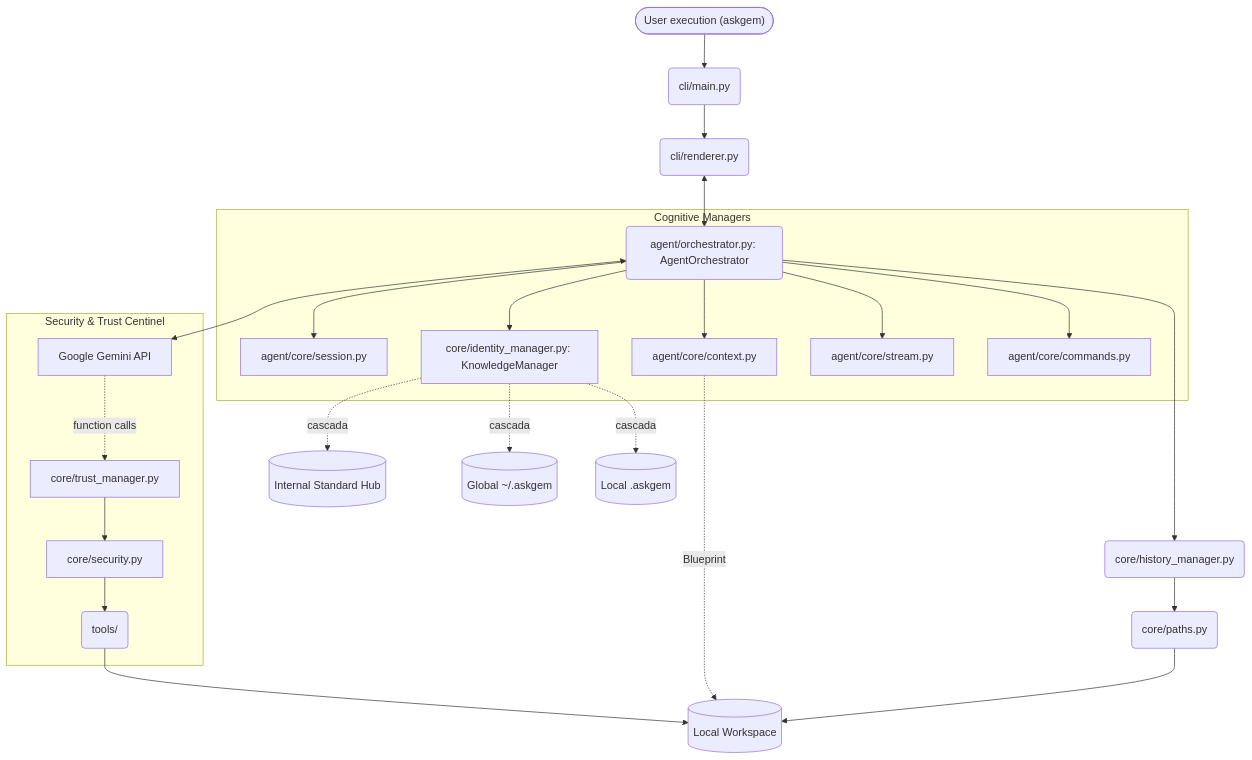
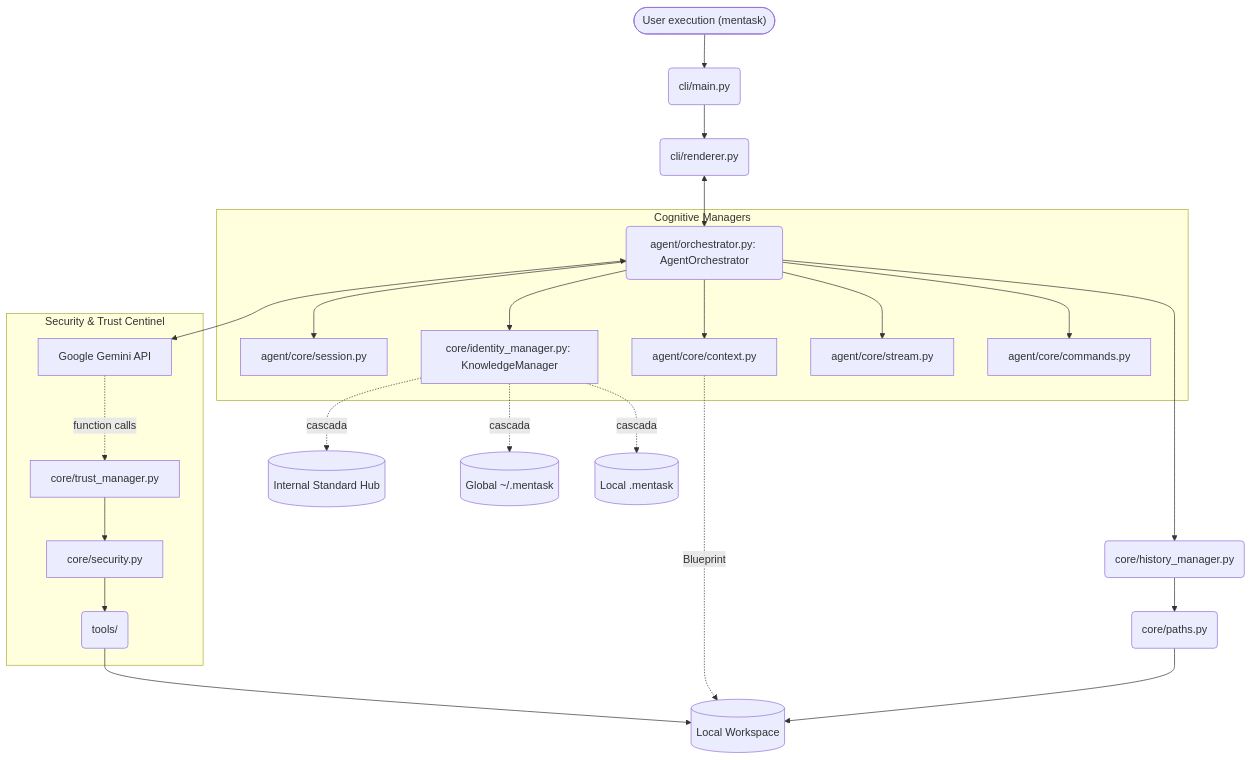
Before and after one commit to julesklord/askgem.py: the diagram in wiki/Architecture.md, drawn with Mermaid. The commit also changed other lines of this file and 203 other files, not shown here.

````diff
--- a/wiki/Architecture.md
+++ b/wiki/Architecture.md
@@ -7,32 +7,32 @@
 ```mermaid
 flowchart TD
-    CLI(["User execution (askgem)"]) --> Main(cli/main.py)
+    CLI(["User execution (mentask)"]) --> Main(cli/main.py)
     Main --> Renderer(cli/renderer.py)
     Renderer <--> Orchestrator(agent/orchestrator.py: AgentOrchestrator)
     
     subgraph Cognitive_Layer [Cognitive Managers]
         Orchestrator --> Session[agent/core/session.py]
         Orchestrator --> Context[agent/core/context.py]
         Orchestrator --> Hub[core/identity_manager.py: KnowledgeManager]
         Orchestrator --> Stream[agent/core/stream.py]
         Orchestrator --> Commands[agent/core/commands.py]
     end
 
     Hub -. cascada .-> Internal[(Internal Standard Hub)]
-    Hub -. cascada .-> UserKB[(Global ~/.askgem)]
-    Hub -. cascada .-> LocalKB[(Local .askgem)]
+    Hub -. cascada .-> UserKB[(Global ~/.mentask)]
+    Hub -. cascada .-> LocalKB[(Local .mentask)]
 
     Orchestrator <--> GenAI[Google Gemini API]
     
     subgraph Security_Layer [Security & Trust Centinel]
         GenAI -. function calls .-> Trust[core/trust_manager.py]
         Trust --> SecurityCheck[core/security.py]
         SecurityCheck --> Tools(tools/)
     end
 
     Tools --> localDisk[(Local Workspace)]
     Context -. Blueprint .-> localDisk
     Orchestrator --> History(core/history_manager.py)
     History --> Paths(core/paths.py)
     Paths --> localDisk
 ```
````
